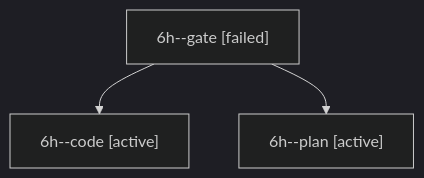
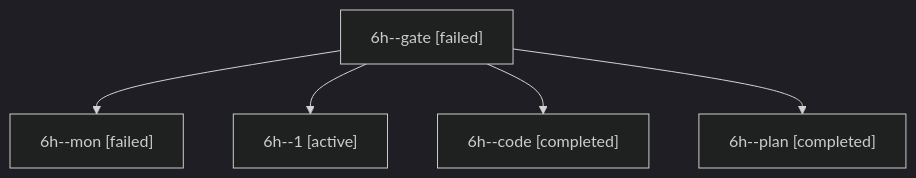
Before and after one commit to sase-org/sase--agents: the diagram in sessions/bbugyi200.apollo.6h.md, drawn with Mermaid (dark theme). The commit also changed other lines of this file and 46 other files, not shown here.

````diff
--- a/sessions/bbugyi200.apollo.6h.md
+++ b/sessions/bbugyi200.apollo.6h.md
@@ -9,8 +9,12 @@
 ```mermaid
 flowchart TD
   n0["6h--gate [failed]"]
-  n1["6h--code [active]"]
+  n1["6h--mon [failed]"]
   n0 --> n1
-  n2["6h--plan [active]"]
+  n2["6h--1 [active]"]
   n0 --> n2
+  n3["6h--code [completed]"]
+  n0 --> n3
+  n4["6h--plan [completed]"]
+  n0 --> n4
 ```
````
